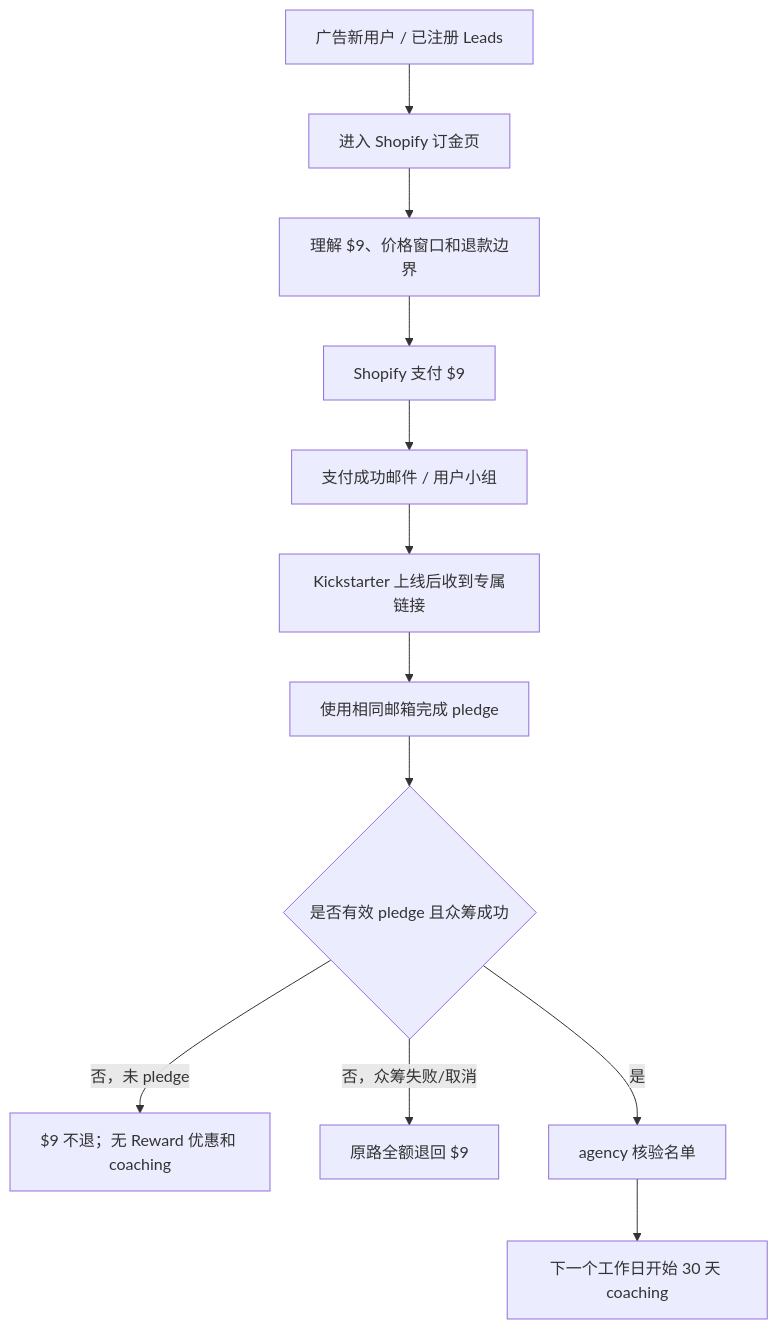
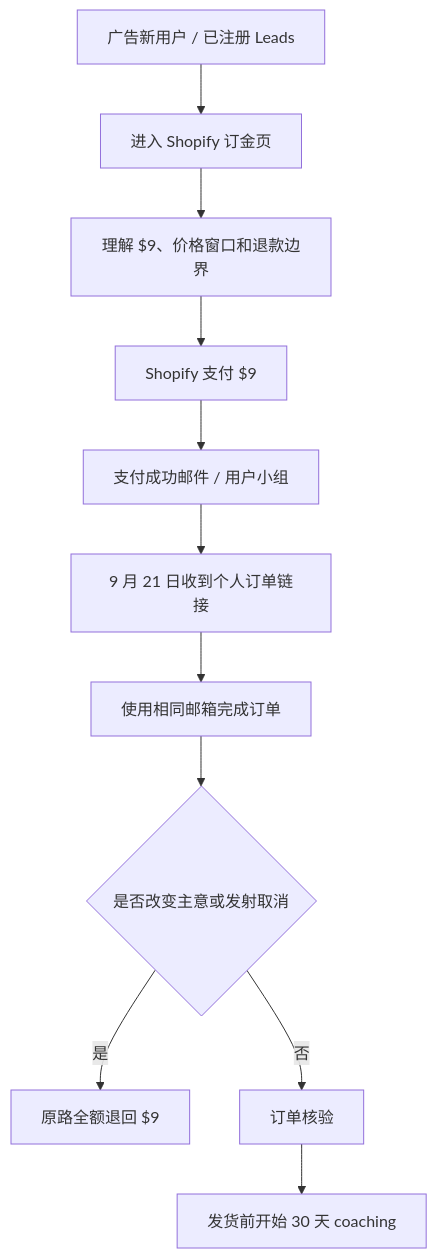
One commit to jerlinn/SyncART changed the diagram in deliverables/deposit-page-requirements.md. Above: the diagram before and after it, drawn with Mermaid. The commit also changed other lines of this file and 5 other files, not shown here.

````diff
--- a/deliverables/deposit-page-requirements.md
+++ b/deliverables/deposit-page-requirements.md
@@ -62,14 +62,13 @@
 ```mermaid
 flowchart TD
     A[广告新用户 / 已注册 Leads] --> B[进入 Shopify 订金页]
     B --> C[理解 $9、价格窗口和退款边界]
     C --> D[Shopify 支付 $9]
     D --> E[支付成功邮件 / 用户小组]
-    E --> F[Kickstarter 上线后收到专属链接]
-    F --> G[使用相同邮箱完成 pledge]
-    G --> H{是否有效 pledge 且众筹成功}
-    H -- 否，未 pledge --> I[$9 不退；无 Reward 优惠和 coaching]
-    H -- 否，众筹失败/取消 --> J[原路全额退回 $9]
-    H -- 是 --> K[agency 核验名单]
-    K --> L[下一个工作日开始 30 天 coaching]
+    E --> F[9 月 21 日收到个人订单链接]
+    F --> G[使用相同邮箱完成订单]
+    G --> H{是否改变主意或发射取消}
+    H -- 是 --> I[原路全额退回 $9]
+    H -- 否 --> J[订单核验]
+    J --> K[发货前开始 30 天 coaching]
 ```
````
